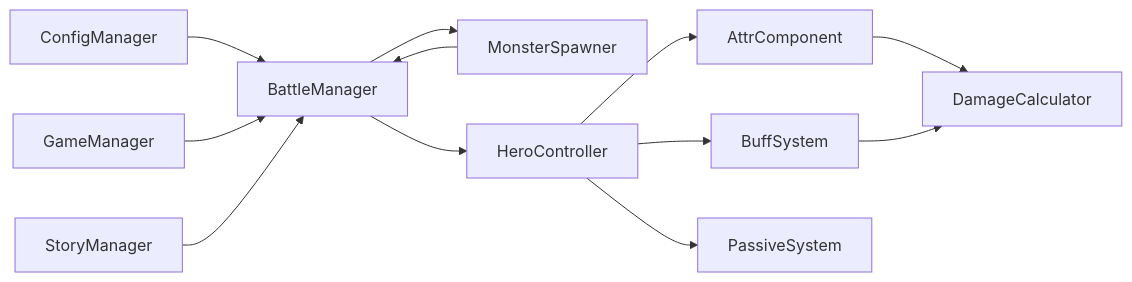
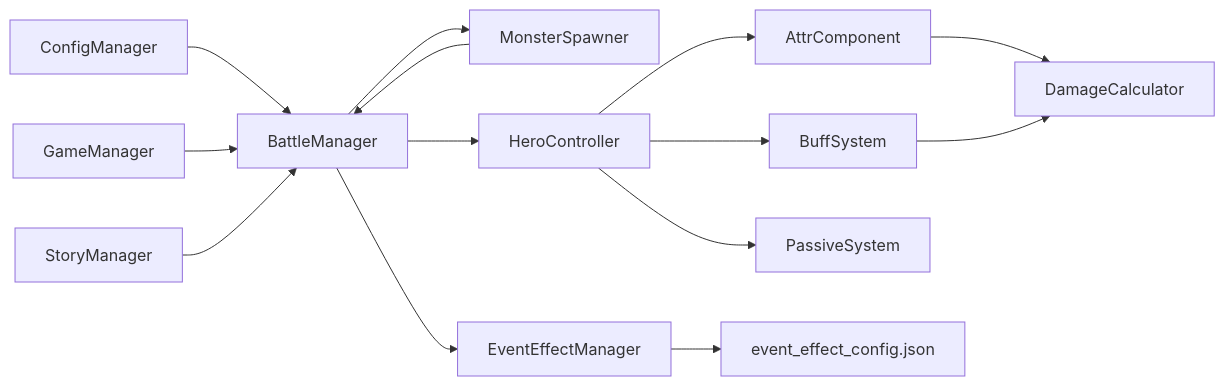
The eighth of 8 diagrams in .qoder/repowiki/zh/content/战斗系统/战斗系统.md (Tuusen/p1_client), drawn with Mermaid before and after one commit. The commit also changed other lines of this file and 14 other files, not shown here.

````diff
--- a/.qoder/repowiki/zh/content/战斗系统/战斗系统.md
+++ b/.qoder/repowiki/zh/content/战斗系统/战斗系统.md
@@ -303,14 +419,16 @@
 ```mermaid
 graph LR
 CM["ConfigManager"] --> BM["BattleManager"]
 GM["GameManager"] --> BM
 SM["StoryManager"] --> BM
 BM --> MS["MonsterSpawner"]
 BM --> HC["HeroController"]
+BM --> EEM["EventEffectManager"]
 HC --> AC["AttrComponent"]
 HC --> BS["BuffSystem"]
 HC --> PS["PassiveSystem"]
 MS --> BM
 AC --> DC["DamageCalculator"]
 BS --> DC
+EEM --> EEConfig["event_effect_config.json"]
 ```
````
